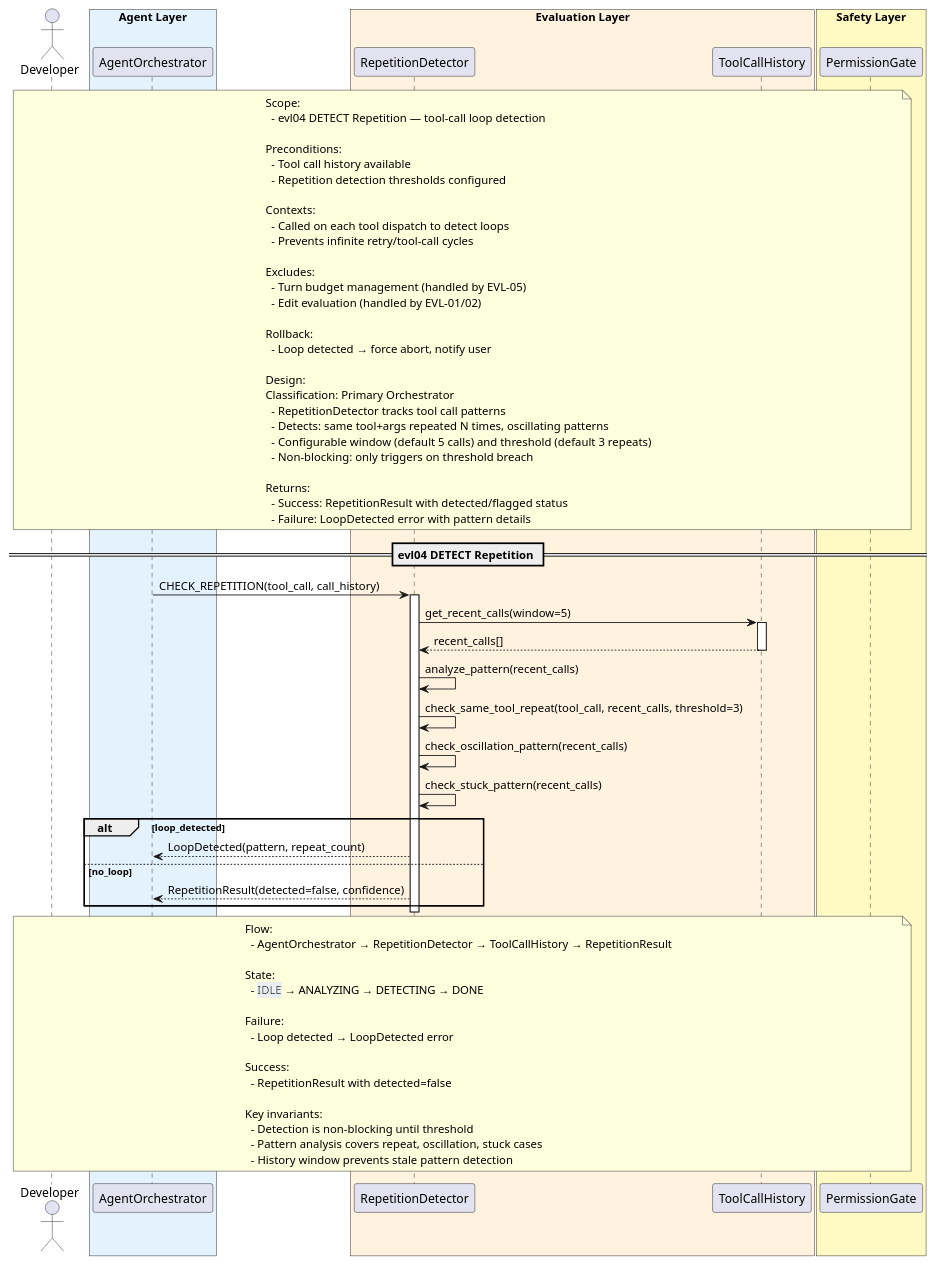
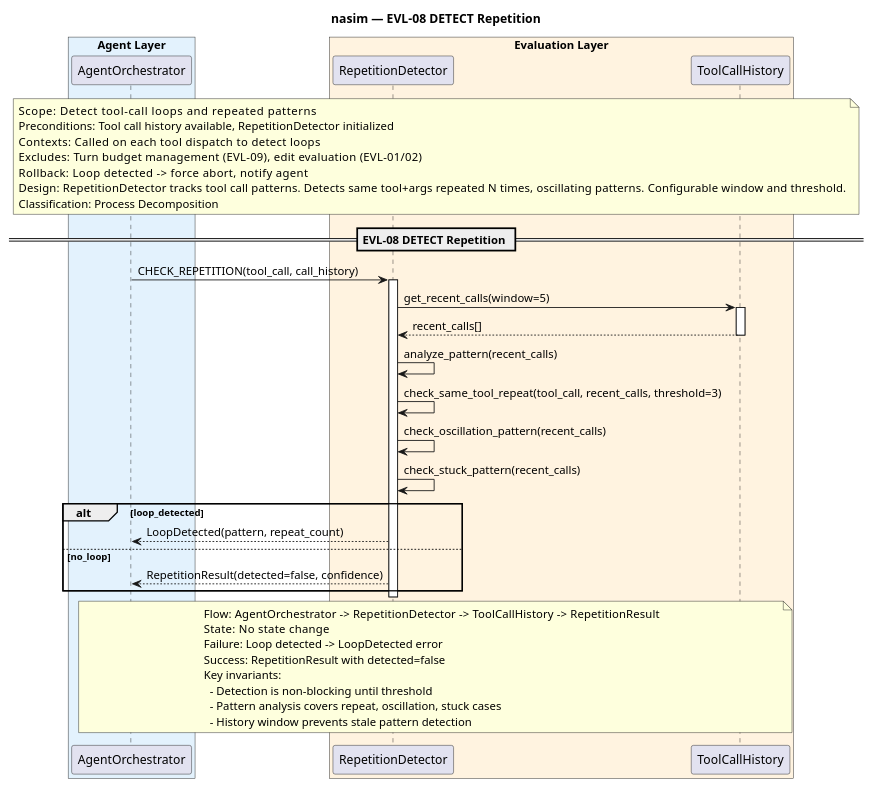
The diagram in docs/SQ/EVL/sq_evl08_detect_repetition.puml (salimnamvar/nasim), drawn with PlantUML before and after one commit. The commit also changed 21 other files, not shown here.

First line of the commit message:
docs(audit): Complete CAR loop for nasim design chain, ensuring zero leakage and full synchronization across C4, UC, SM, and SQ layers

```diff
--- a/docs/SQ/EVL/sq_evl08_detect_repetition.puml
+++ b/docs/SQ/EVL/sq_evl08_detect_repetition.puml
@@ -1,101 +1,70 @@
 @startuml sq_evl08_detect_repetition
 ' ============================================================
-' Title:     EVL-08 — Detect Repetition
-' Boundary:  nasim code agent CLI
+' Title:     EVL-08 — DETECT Repetition
+' Boundary:  nasim code agent
 ' Purpose:   Tool-call loop detection
 ' Milestone: v1.0
-' Version:   1.0.0
+' Version:   3.0.0
 ' Source:    docs/UC/README.md
-' Review:    —
+' Review:    Prompt audit 2026-06-21 (gro.md: extraneous PermissionGate removed)
+' Note:      Process decomposition — internal step of EVL-01. No actor per sq.md rules.
 ' ============================================================
 
-actor "Developer" as user
+title nasim — EVL-08 DETECT Repetition
 
 box "Agent Layer" #E3F2FD
   participant "AgentOrchestrator" as agent
 end box
 box "Evaluation Layer" #FFF3E0
   participant "RepetitionDetector" as detector
   participant "ToolCallHistory" as history
 end box
-box "Safety Layer" #FFF9C4
-  participant "PermissionGate" as gate
-end box
 
-note over user, gate
-  Scope:
-    - evl04 DETECT Repetition — tool-call loop detection
-
-  Preconditions:
-    - Tool call history available
-    - Repetition detection thresholds configured
-
-  Contexts:
-    - Called on each tool dispatch to detect loops
-    - Prevents infinite retry/tool-call cycles
-
-  Excludes:
-    - Turn budget management (handled by EVL-05)
-    - Edit evaluation (handled by EVL-01/02)
-
-  Rollback:
-    - Loop detected → force abort, notify user
-
-  Design:
-  Classification: Primary Orchestrator
-    - RepetitionDetector tracks tool call patterns
-    - Detects: same tool+args repeated N times, oscillating patterns
-    - Configurable window (default 5 calls) and threshold (default 3 repeats)
-    - Non-blocking: only triggers on threshold breach
-
-  Returns:
-    - Success: RepetitionResult with detected/flagged status
-    - Failure: LoopDetected error with pattern details
+note over agent, history
+  Scope:          Detect tool-call loops and repeated patterns
+  Preconditions:  Tool call history available, RepetitionDetector initialized
+  Contexts:       Called on each tool dispatch to detect loops
+  Excludes:       Turn budget management (EVL-09), edit evaluation (EVL-01/02)
+  Rollback:       Loop detected -> force abort, notify agent
+  Design:         RepetitionDetector tracks tool call patterns. Detects same tool+args repeated N times, oscillating patterns. Configurable window and threshold.
+  Classification: Process Decomposition
 end note
 
-== evl04 DETECT Repetition ==
+== EVL-08 DETECT Repetition ==
 
 agent -> detector : CHECK_REPETITION(tool_call, call_history)
 activate detector
 
 detector -> history : get_recent_calls(window=5)
 activate history
 history --> detector : recent_calls[]
 deactivate history
 
 detector -> detector : analyze_pattern(recent_calls)
 
 detector -> detector : check_same_tool_repeat(tool_call, recent_calls, threshold=3)
 
 detector -> detector : check_oscillation_pattern(recent_calls)
 
 detector -> detector : check_stuck_pattern(recent_calls)
 
 alt loop_detected
     detector --> agent : LoopDetected(pattern, repeat_count)
 else no_loop
     detector --> agent : RepetitionResult(detected=false, confidence)
 end
 
 deactivate detector
 
-note over user, gate
-  Flow:
-    - AgentOrchestrator → RepetitionDetector → ToolCallHistory → RepetitionResult
-
-  State:
-    - <back:#ECEFF1>IDLE</back> → ANALYZING → DETECTING → DONE
-
-  Failure:
-    - Loop detected → LoopDetected error
-
-  Success:
-    - RepetitionResult with detected=false
-
+note over agent, history
+  Flow:    AgentOrchestrator -> RepetitionDetector -> ToolCallHistory -> RepetitionResult
+  State:   No state change
+  Failure: Loop detected -> LoopDetected error
+  Success: RepetitionResult with detected=false
   Key invariants:
     - Detection is non-blocking until threshold
     - Pattern analysis covers repeat, oscillation, stuck cases
     - History window prevents stale pattern detection
 end note
 
 @enduml
```
